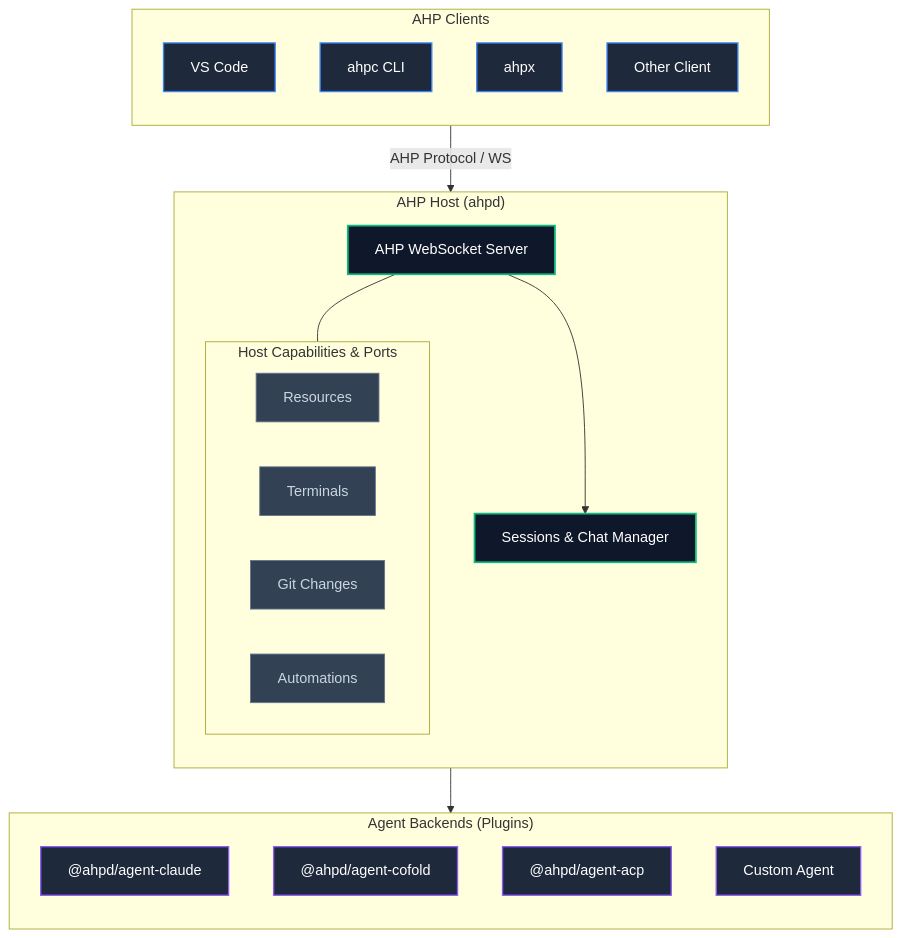
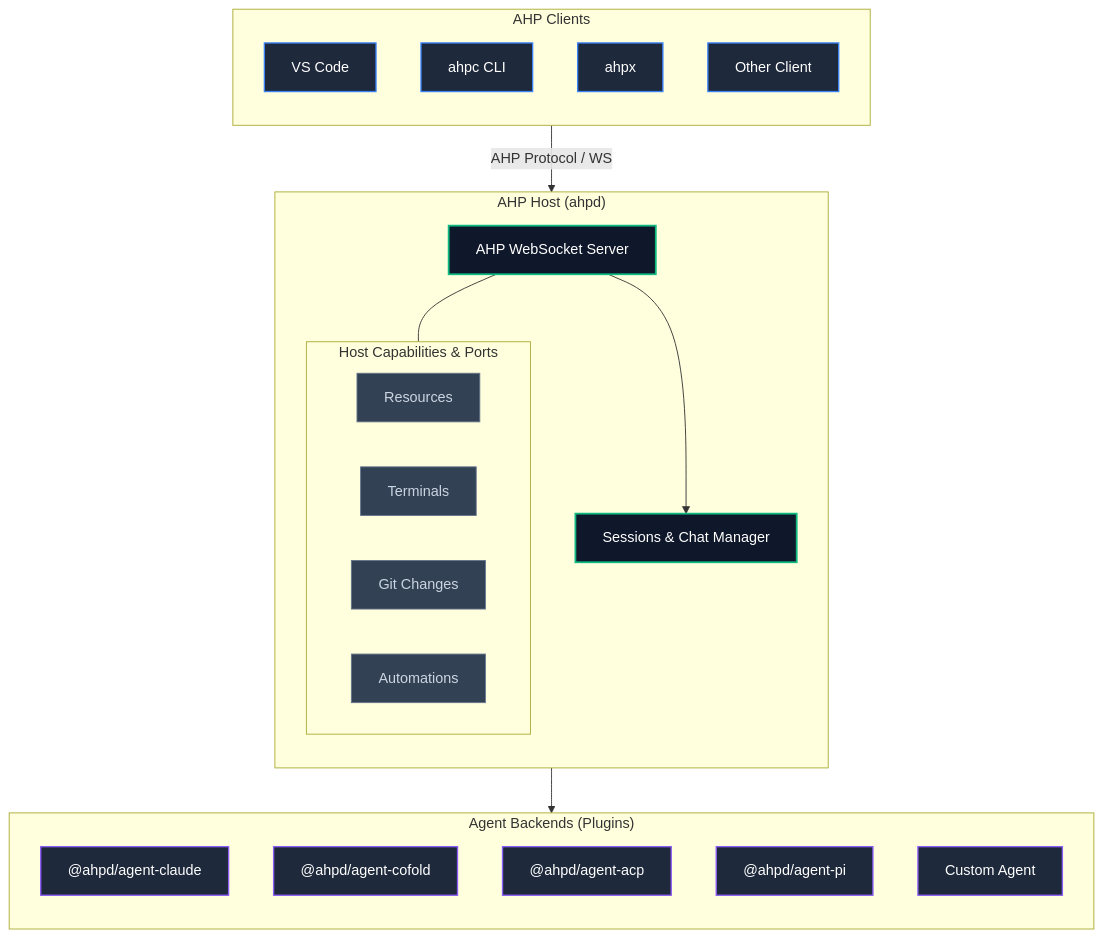
Before and after one commit to softov/ahpd: the first of 2 diagrams in README.md, drawn with Mermaid. The commit also changed other lines of this file and 51 other files, not shown here.

````diff
--- a/README.md
+++ b/README.md
@@ -22,47 +23,48 @@
 ```mermaid
 flowchart TD
     classDef client fill:#1e293b,stroke:#3b82f6,stroke-width:1.5px,color:#fff
     classDef host fill:#0f172a,stroke:#10b981,stroke-width:2px,color:#fff
     classDef agent fill:#1e293b,stroke:#8b5cf6,stroke-width:1.5px,color:#fff
     classDef port fill:#334155,stroke:#64748b,stroke-width:1px,color:#cbd5e1
 
     subgraph Host ["AHP Host (ahpd)"]
         direction TB
         AHP["AHP WebSocket Server"]
         SESS["Sessions & Chat Manager"]
         
         subgraph Ports ["Host Capabilities & Ports"]
             RES["Resources"]
             TERM["Terminals"]
             CHG["Git Changes"]
             AUTO["Automations"]
         end
 
         AHP --> SESS
         AHP --- Ports
     end
 
     subgraph Clients ["AHP Clients"]
         direction TB
         VS["VS Code"]
         AHPC["ahpc CLI"]
         AHPX["ahpx"]
         OTHER["Other Client"]
     end
 
     subgraph Agents ["Agent Backends (Plugins)"]
         direction TB
         CLAUDE["@ahpd/agent-claude"]
         COFOLD["@ahpd/agent-cofold"]
         ACP["@ahpd/agent-acp"]
+        PI["@ahpd/agent-pi"]
         CUSTOM["Custom Agent"]
     end
 
     Clients -->|AHP Protocol / WS| AHP
     SESS --> Agents
 
     class VS,AHPC,AHPX,OTHER client
     class AHP,SESS host
-    class CLAUDE,COFOLD,ACP,CUSTOM agent
+    class CLAUDE,COFOLD,ACP,PI,CUSTOM agent
     class RES,TERM,CHG,AUTO port
 ```
````
